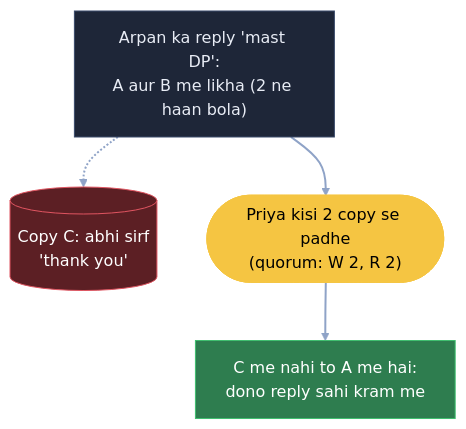
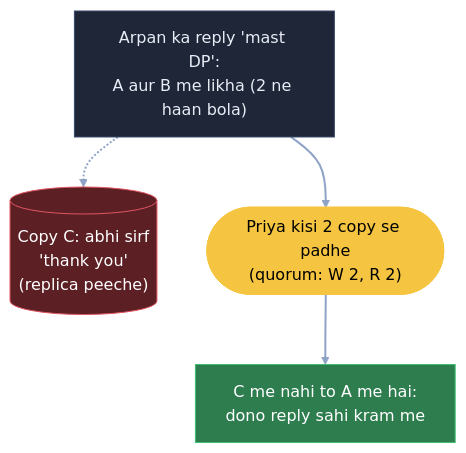
Before and after one commit to ArpanMaheshwari144/Prep: diagram 19 of 21 in 04_HLD/SYSTEM_DESIGNS/03_twitter_feed/03_twitter_feed.md, drawn with Mermaid (forest theme). The commit also changed other lines of this file and 20 other files, not shown here.

Commit message:
HLD main files: diagram me kahani shabd + bracket me asli naam (21 design, 182 label)

````diff
--- a/04_HLD/SYSTEM_DESIGNS/03_twitter_feed/03_twitter_feed.md
+++ b/04_HLD/SYSTEM_DESIGNS/03_twitter_feed/03_twitter_feed.md
@@ -707,15 +707,15 @@
 ```mermaid
 flowchart TB
     W["Arpan ka reply 'mast DP':<br/>A aur B me likha (2 ne haan bola)"]:::card
-    C[("Copy C: abhi sirf<br/>'thank you'")]:::bad
+    C[("Copy C: abhi sirf<br/>'thank you'<br/>(replica peeche)")]:::bad
     Q(["Priya kisi 2 copy se padhe<br/>(quorum: W 2, R 2)"]):::pill
     OK["C me nahi to A me hai:<br/>dono reply sahi kram me"]:::good
     W -.-> C
     W --> Q
     Q --> OK
     linkStyle default stroke:#8fa3c7,stroke-width:2px
     classDef card fill:#1e2638,stroke:#3a4a6b,color:#e8ecf5
     classDef pill fill:#f5c542,stroke:#f5c542,color:#000
     classDef good fill:#2e7d4f,stroke:#3fbf6f,color:#fff
     classDef bad fill:#5c1f24,stroke:#e05561,color:#fff
 ```
````
